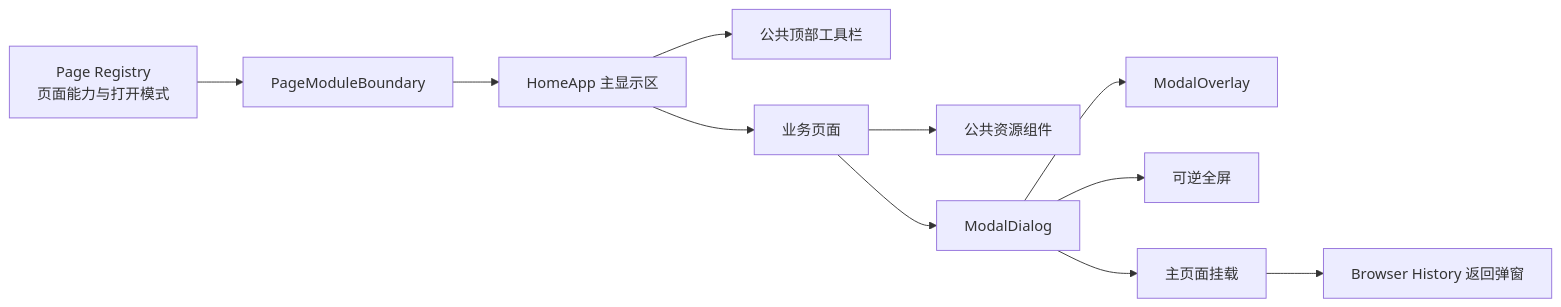
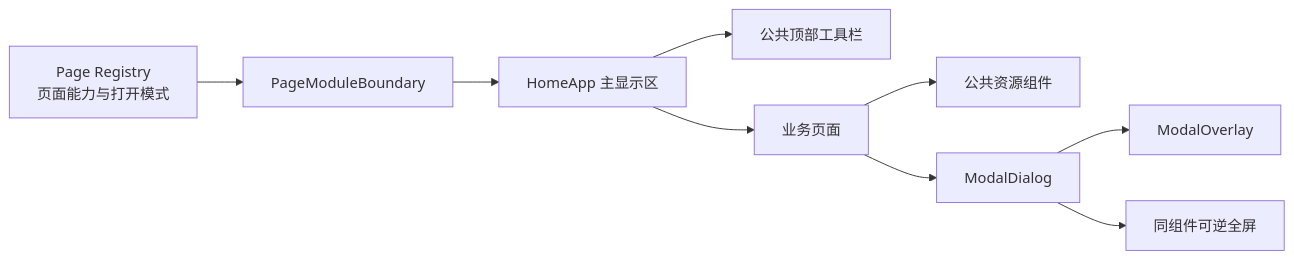
Before and after one commit to goldf2/mes-lite: the second of 2 diagrams in docs/architecture/系统结构图.md, drawn with Mermaid. The commit also changed other lines of this file and 28 other files, not shown here.

````diff
--- a/docs/architecture/系统结构图.md
+++ b/docs/architecture/系统结构图.md
@@ -60,13 +60,11 @@
 ```mermaid
 flowchart LR
   Registry["Page Registry\n页面能力与打开模式"] --> Boundary["PageModuleBoundary"]
   Boundary --> Shell["HomeApp 主显示区"]
   Shell --> Toolbar["公共顶部工具栏"]
   Shell --> Page["业务页面"]
   Page --> Resource["公共资源组件"]
   Page --> Dialog["ModalDialog"]
   Dialog --> Overlay["ModalOverlay"]
-  Dialog --> Full["可逆全屏"]
-  Dialog --> Main["主页面挂载"]
-  Main --> History["Browser History 返回弹窗"]
+  Dialog --> Fullscreen["同组件可逆全屏"]
 ```
````
